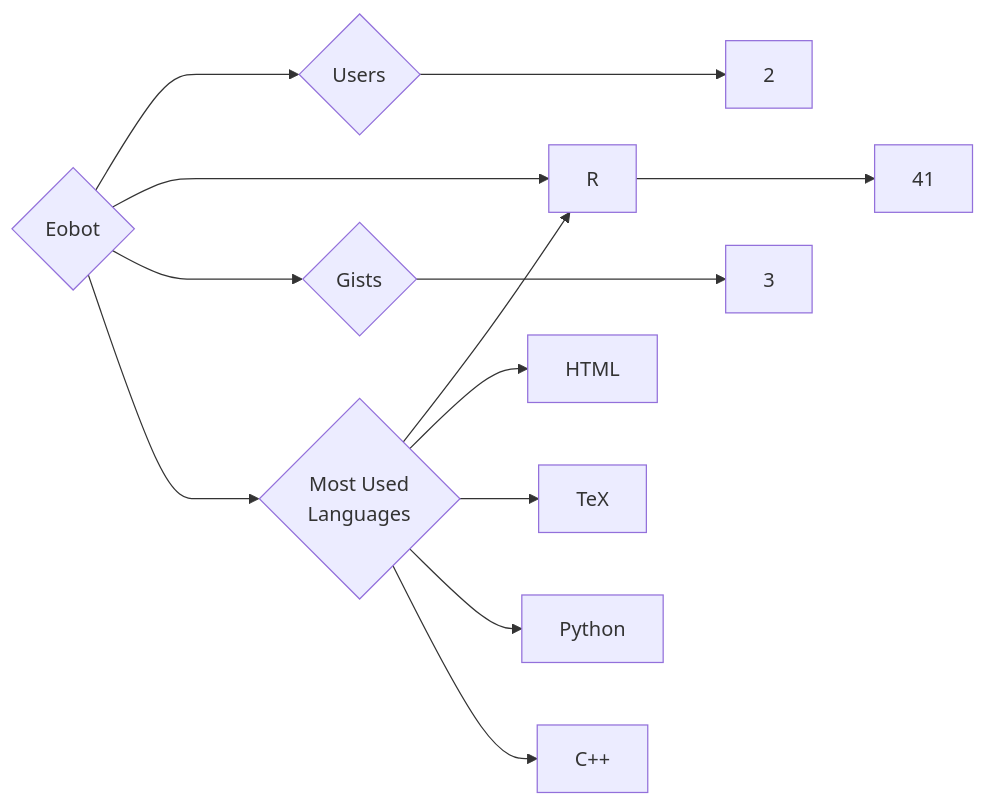
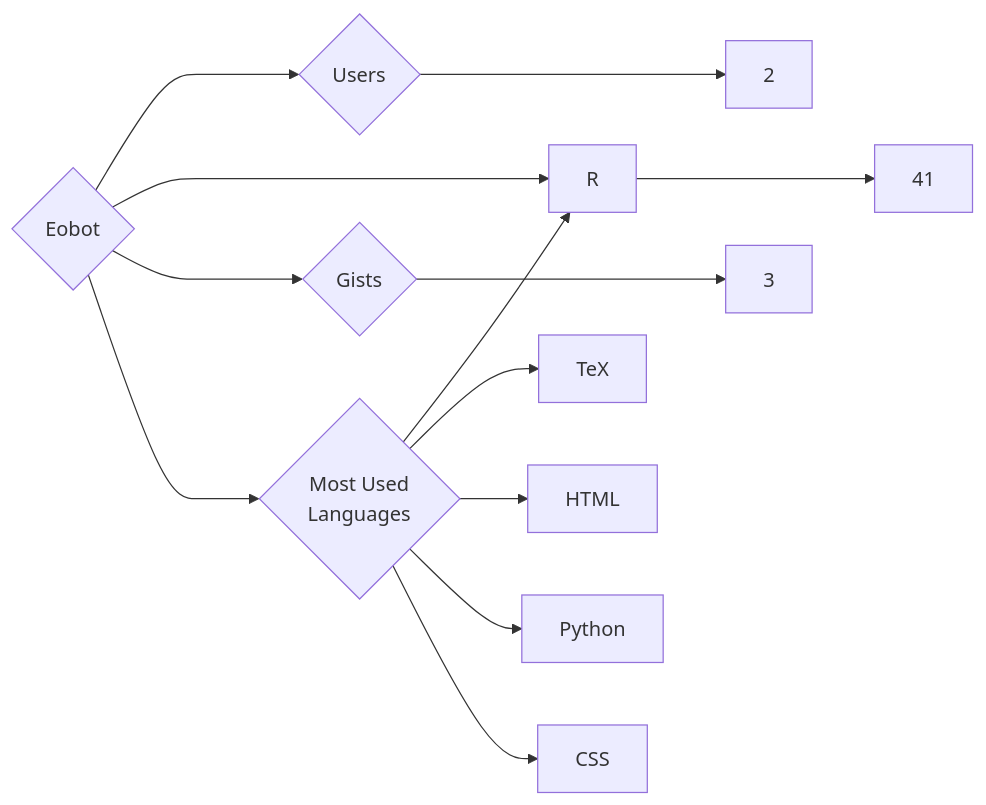
Before and after one commit to trickest/insiders: the diagram in targets/Eobot/README.md, drawn with Mermaid. The commit also changed 720 other files, not shown here.

````diff
--- a/targets/Eobot/README.md
+++ b/targets/Eobot/README.md
@@ -3,13 +3,13 @@
 ```mermaid
 graph LR
 COMPANY_NAME{Eobot}
 COMPANY_NAME ---> U{Users} ---> UN[2]
 COMPANY_NAME ---> R{Repositories} ---> RN[41]
 COMPANY_NAME ---> G{Gists} ---> GN[3]
 COMPANY_NAME ---> ML{Most Used<br>Languages}
 ML --> R[R]
+ML --> TeX[TeX]
 ML --> HTML[HTML]
-ML --> TeX[TeX]
 ML --> Python[Python]
-ML --> C++[C++]
+ML --> CSS[CSS]
 ```
````
